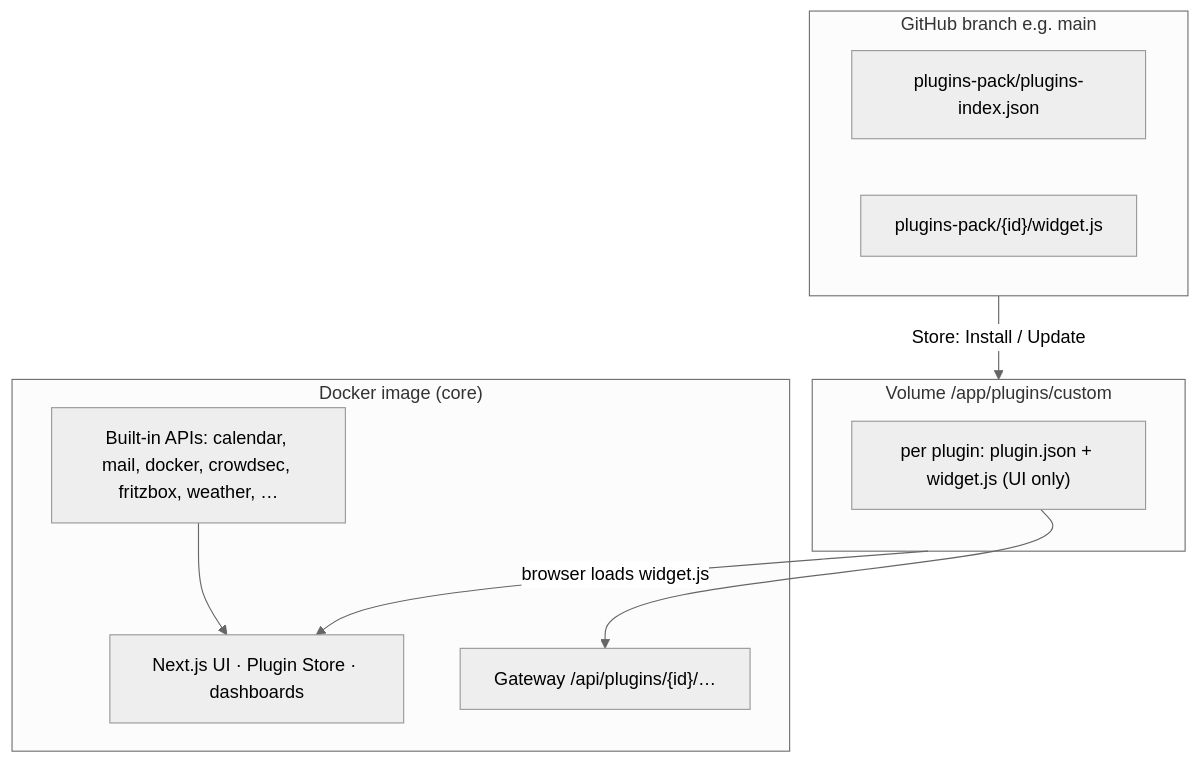
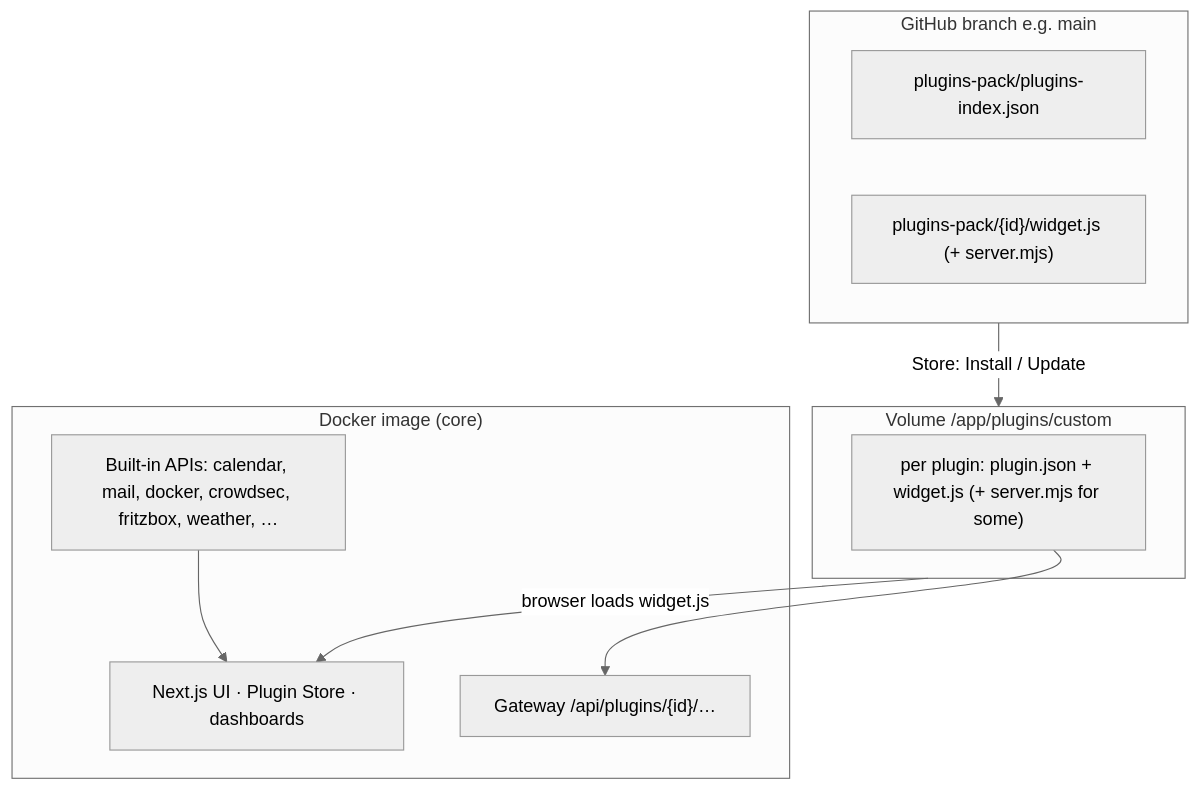
Before and after one commit to s3lfcod3r/selfdashboard: the first of 2 diagrams in README.md, drawn with Mermaid (neutral theme). The commit also changed other lines of this file and 4 other files, not shown here.

````diff
--- a/README.md
+++ b/README.md
@@ -61,19 +62,19 @@
 ```mermaid
 flowchart TB
   subgraph image["Docker image (core)"]
     UI["Next.js UI · Plugin Store · dashboards"]
     CORE["Built-in APIs: calendar, mail, docker, crowdsec, fritzbox, weather, …"]
     GW["Gateway /api/plugins/{id}/…"]
   end
   subgraph vol["Volume /app/plugins/custom"]
-    W["per plugin: plugin.json + widget.js (UI only)"]
+    W["per plugin: plugin.json + widget.js (+ server.mjs for some)"]
   end
   subgraph gh["GitHub branch e.g. main"]
     IDX["plugins-pack/plugins-index.json"]
-    PACK["plugins-pack/{id}/widget.js"]
+    PACK["plugins-pack/{id}/widget.js (+ server.mjs)"]
   end
   gh -->|"Store: Install / Update"| vol
   vol -->|"browser loads widget.js"| UI
   W --> GW
   CORE --> UI
 ```
````
